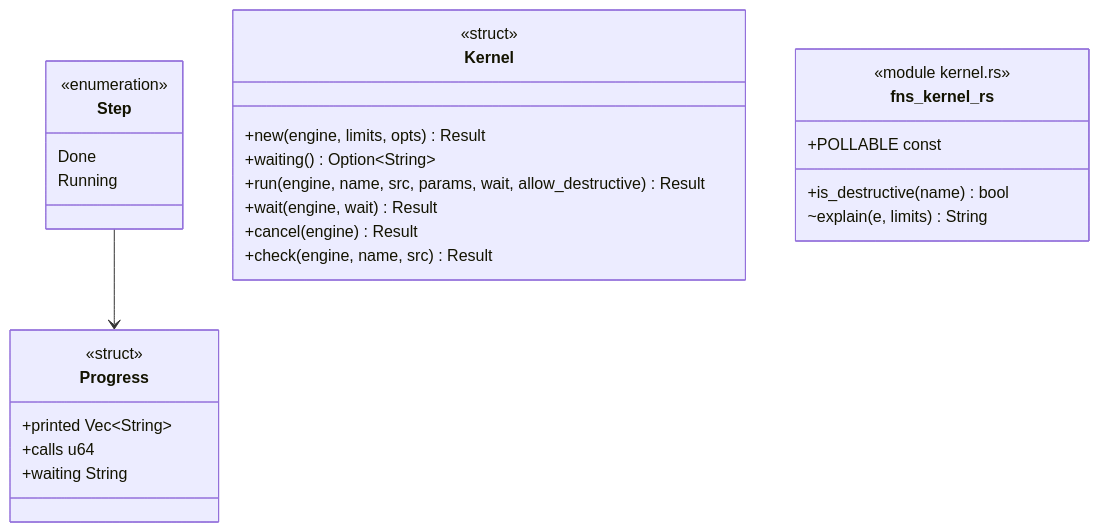
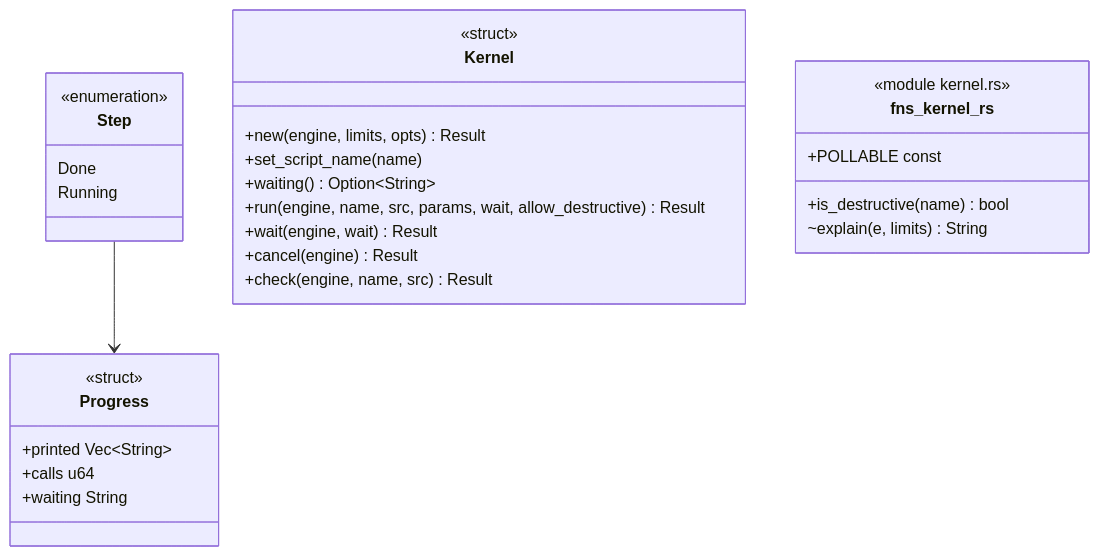
One commit to p-j-r/nyx changed the diagram in docs/architecture/c4/4-code/script/kernel.md. Above: the diagram before and after it, drawn with Mermaid. The commit also changed other lines of this file and 39 other files, not shown here.

````diff
--- a/docs/architecture/c4/4-code/script/kernel.md
+++ b/docs/architecture/c4/4-code/script/kernel.md
@@ -37,30 +37,31 @@
 ```mermaid
 classDiagram
   class Progress {
       <<struct>>
       +printed Vec~String~
       +calls u64
       +waiting String
   }
   class Step {
       <<enumeration>>
       Done
       Running
   }
   class Kernel {
       <<struct>>
       +new(engine, limits, opts) Result
+      +set_script_name(name)
       +waiting() Option~String~
       +run(engine, name, src, params, wait, allow_destructive) Result
       +wait(engine, wait) Result
       +cancel(engine) Result
       +check(engine, name, src) Result
   }
   class fns_kernel_rs {
       <<module kernel.rs>>
       +is_destructive(name) bool
       ~explain(e, limits) String
       +POLLABLE const
   }
   Step --> Progress
 ```
````
